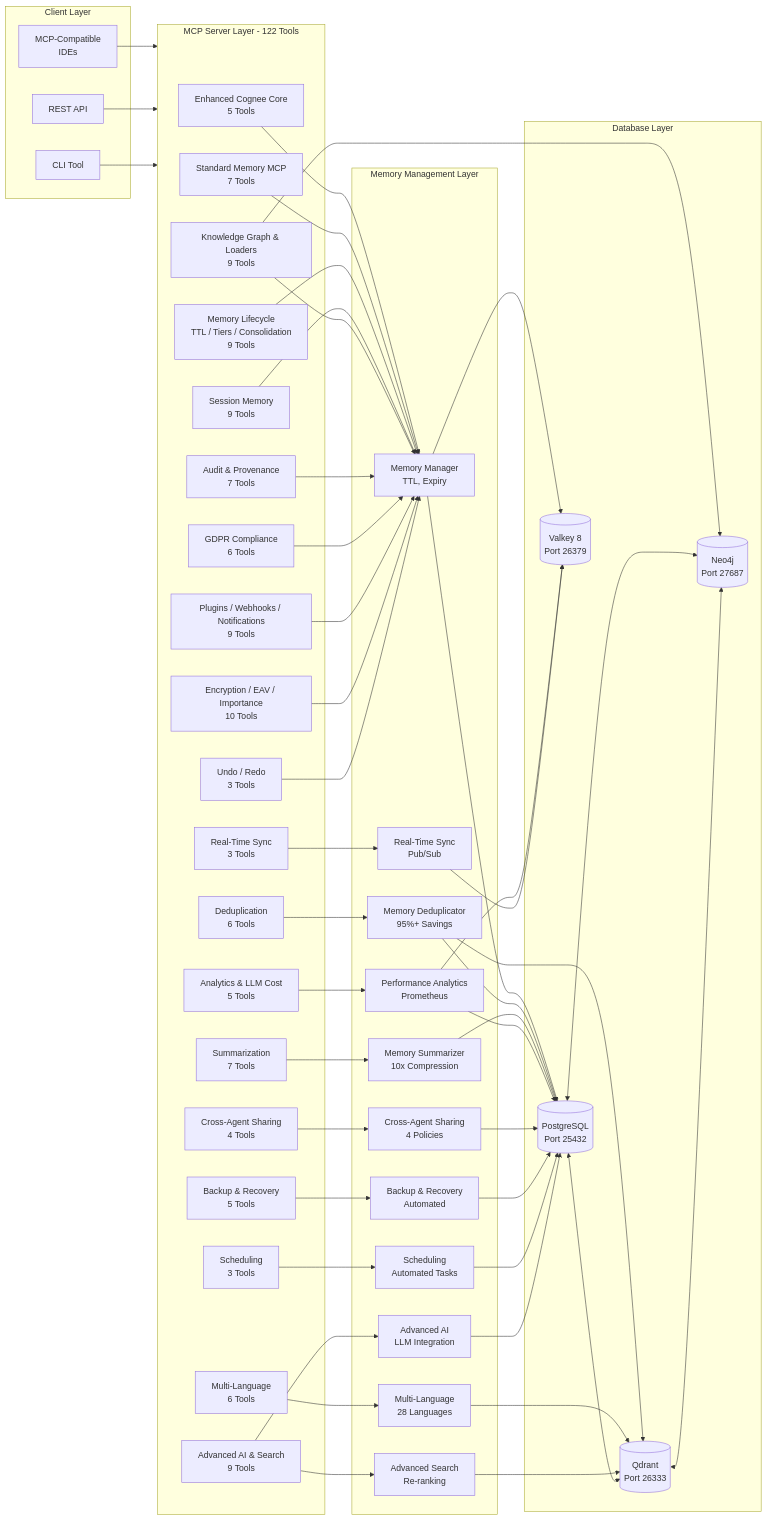
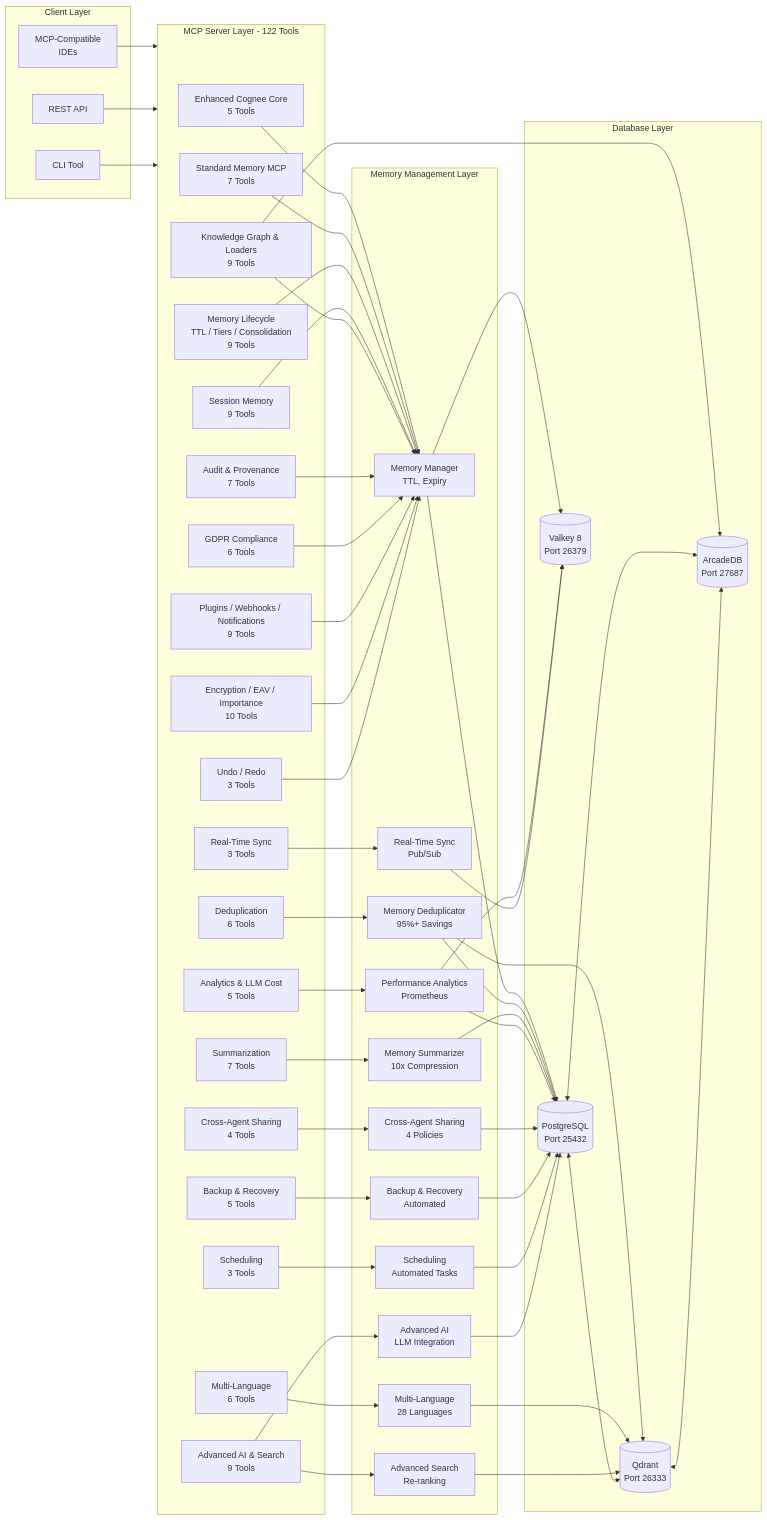
One commit to vincentspereira/Enhanced-Cognee changed the first of 4 diagrams in README.md. Above: the diagram before and after it, drawn with Mermaid. The commit also changed other lines of this file and 12 other files, not shown here.

```diff
--- a/README.md
+++ b/README.md
@@ -776,7 +776,7 @@
     subgraph DB["Database Layer"]
         PG[(PostgreSQL<br/>Port 25432)]
         QD[(Qdrant<br/>Port 26333)]
-        N4[(Neo4j<br/>Port 27687)]
+        N4[(ArcadeDB<br/>Port 27687)]
         RD[(Valkey 8<br/>Port 26379)]
     end
 
```
